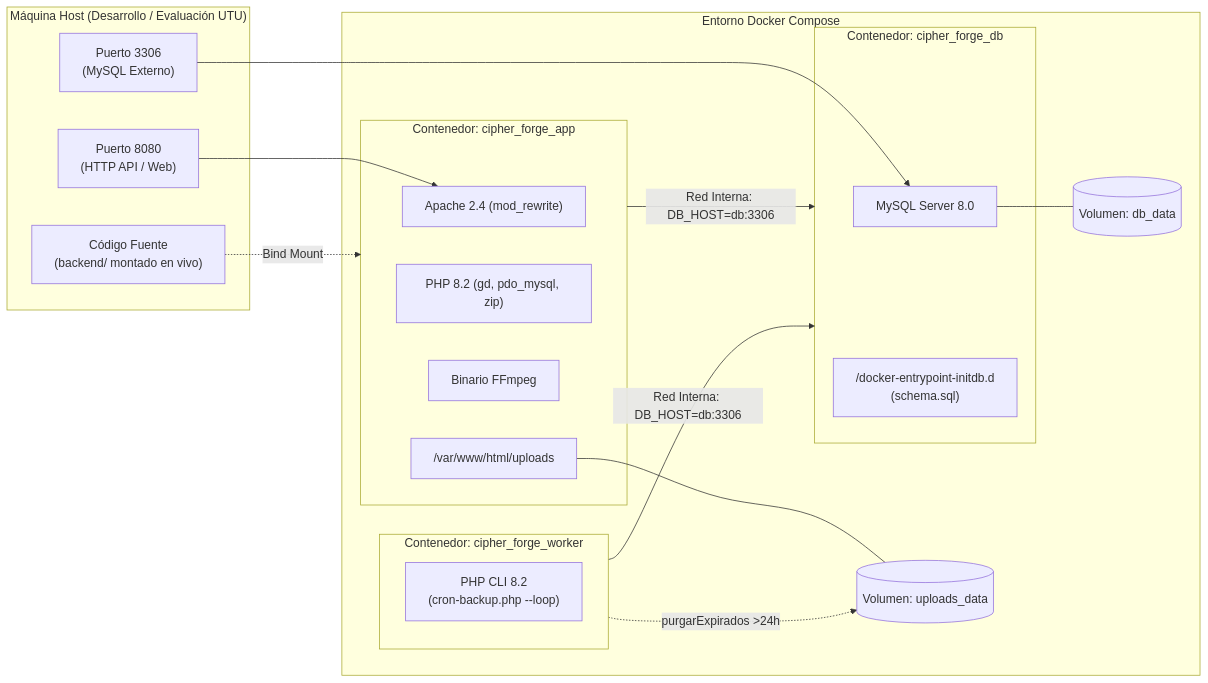
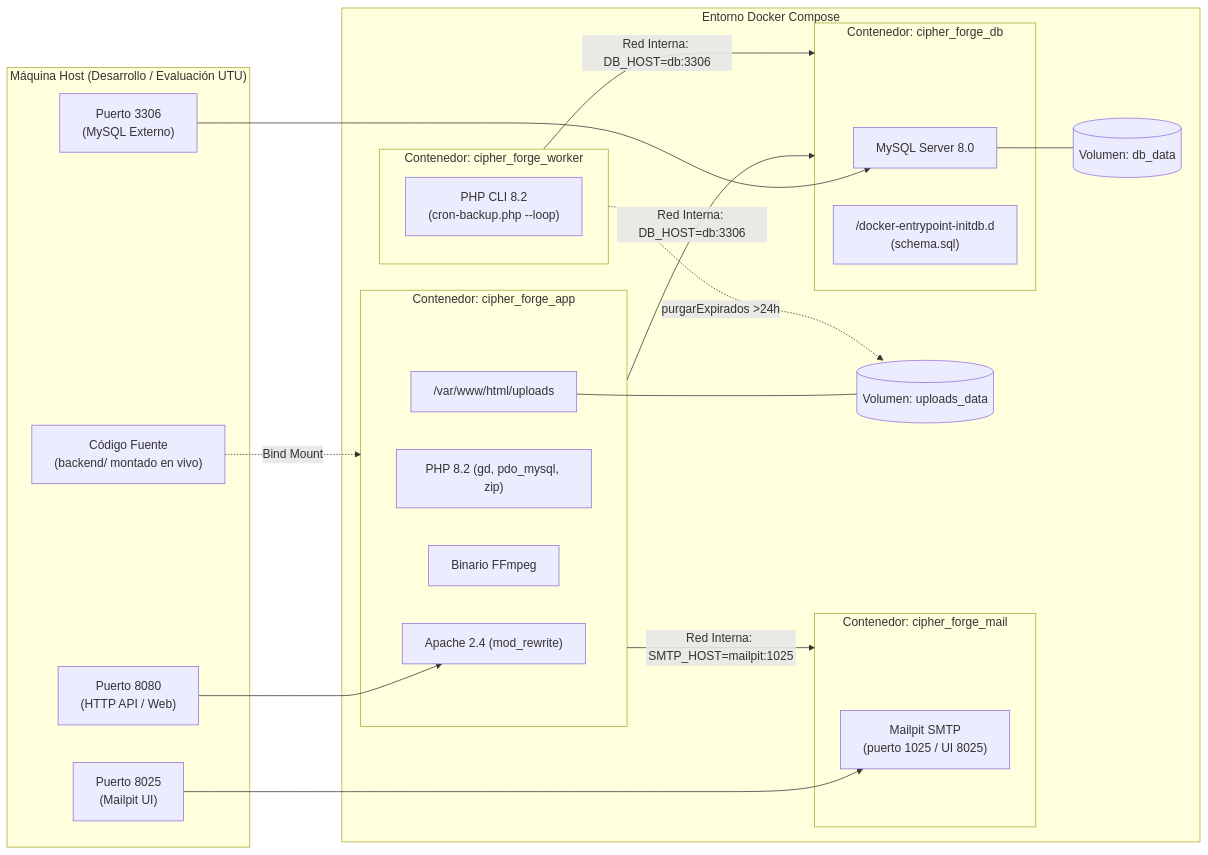
Before and after one commit to NicolasNegretto7/Cipher_Forge: the diagram in Gestion-fotografias/docs/infraestructura.md, drawn with Mermaid. The commit also changed other lines of this file and 10 other files, not shown here.

````diff
--- a/Gestion-fotografias/docs/infraestructura.md
+++ b/Gestion-fotografias/docs/infraestructura.md
@@ -13,38 +13,45 @@
 ```mermaid
 graph LR
     subgraph Host ["Máquina Host (Desarrollo / Evaluación UTU)"]
         P8080["Puerto 8080\n(HTTP API / Web)"]
         P3306["Puerto 3306\n(MySQL Externo)"]
+        P8025["Puerto 8025\n(Mailpit UI)"]
         CODE["Código Fuente\n(backend/ montado en vivo)"]
     end
 
     subgraph Docker ["Entorno Docker Compose"]
         subgraph AppContainer ["Contenedor: cipher_forge_app"]
             APACHE["Apache 2.4 (mod_rewrite)"]
             PHP["PHP 8.2 (gd, pdo_mysql, zip)"]
             FFMPEG["Binario FFmpeg"]
             UPLOADS_DIR["/var/www/html/uploads"]
         end
 
         subgraph WorkerContainer ["Contenedor: cipher_forge_worker"]
             WORKER["PHP CLI 8.2\n(cron-backup.php --loop)"]
         end
 
+        subgraph MailpitContainer ["Contenedor: cipher_forge_mail"]
+            MAILPIT["Mailpit SMTP\n(puerto 1025 / UI 8025)"]
+        end
+
         subgraph DBContainer ["Contenedor: cipher_forge_db"]
             MYSQL["MySQL Server 8.0"]
             INIT["/docker-entrypoint-initdb.d\n(schema.sql)"]
         end
 
         V_UPLOADS[("Volumen: uploads_data")]
         V_DB[("Volumen: db_data")]
     end
 
     P8080 --> APACHE
     P3306 --> MYSQL
+    P8025 --> MAILPIT
     CODE -.->|Bind Mount| AppContainer
     AppContainer -->|Red Interna: DB_HOST=db:3306| DBContainer
+    AppContainer -->|Red Interna: SMTP_HOST=mailpit:1025| MailpitContainer
     WorkerContainer -->|Red Interna: DB_HOST=db:3306| DBContainer
     WorkerContainer -.->|purgarExpirados >24h| V_UPLOADS
     UPLOADS_DIR --- V_UPLOADS
     MYSQL --- V_DB
 ```
````
